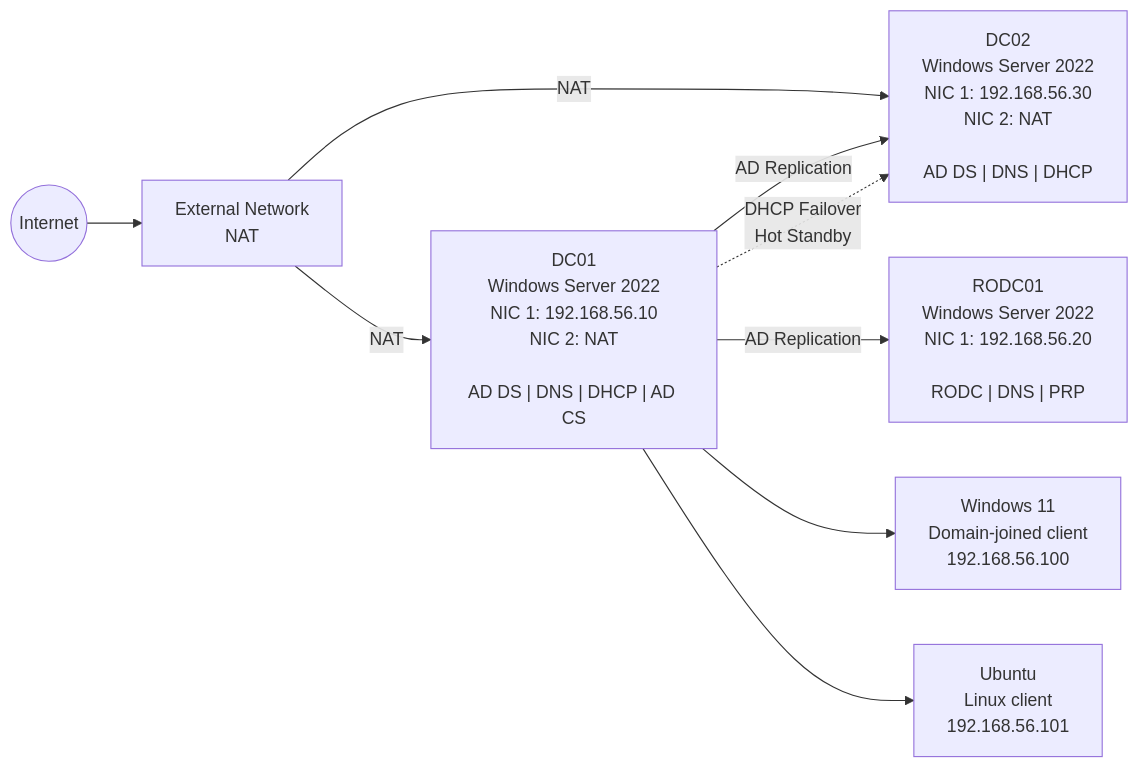
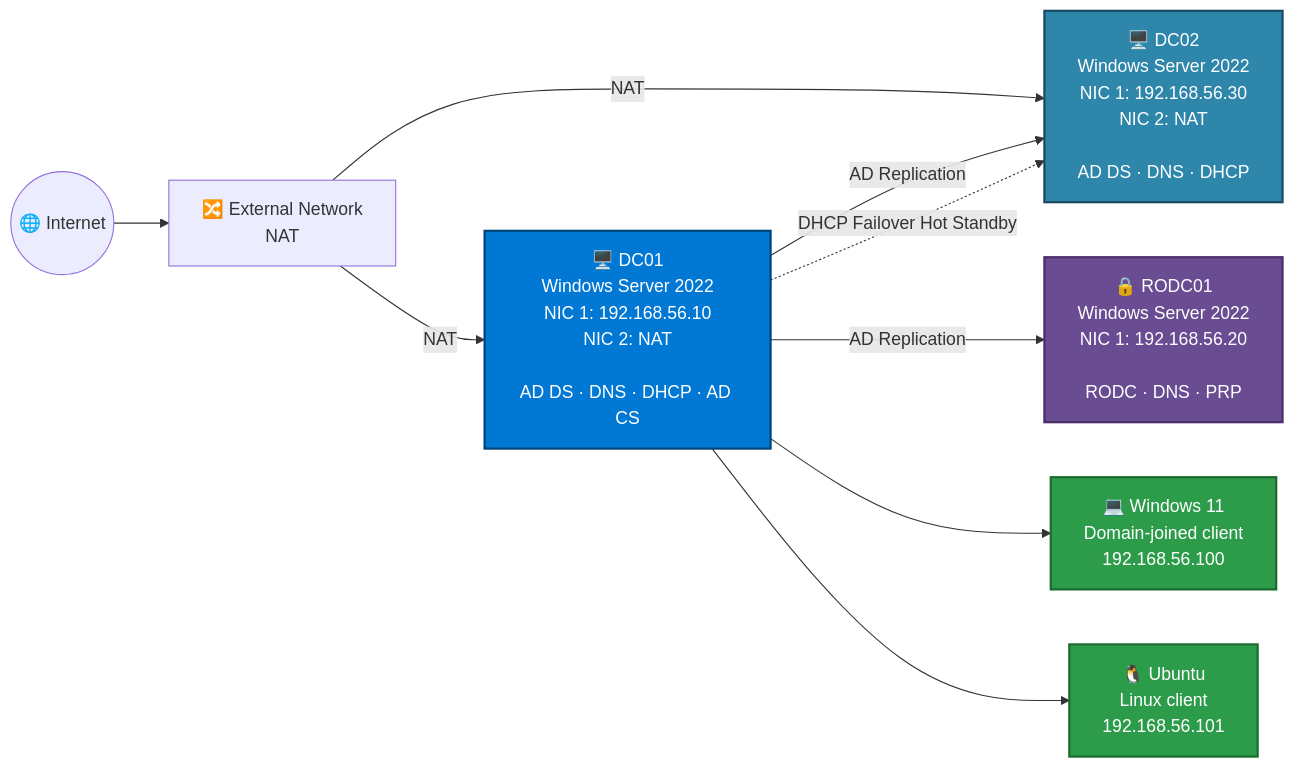
One commit to zatt-elma100150/AD-LAB-V1 changed the diagram in README.md. Above: the diagram before and after it, drawn with Mermaid. The commit also changed other lines of this file, not shown here.

````diff
--- a/README.md
+++ b/README.md
@@ -58,20 +58,30 @@
 ```mermaid
 flowchart LR
-    Internet((Internet))
-    NAT[External Network<br/>NAT]
+    Internet((🌐 Internet))
+    NAT[🔀 External Network<br/>NAT]
 
-    DC01["DC01<br/>Windows Server 2022<br/>NIC 1: 192.168.56.10<br/>NIC 2: NAT<br/><br/>AD DS | DNS | DHCP | AD CS"]
-    DC02["DC02<br/>Windows Server 2022<br/>NIC 1: 192.168.56.30<br/>NIC 2: NAT<br/><br/>AD DS | DNS | DHCP"]
-    RODC["RODC01<br/>Windows Server 2022<br/>NIC 1: 192.168.56.20<br/><br/>RODC | DNS | PRP"]
-    Win11["Windows 11<br/>Domain-joined client<br/>192.168.56.100"]
-    Ubuntu["Ubuntu<br/>Linux client<br/>192.168.56.101"]
+    DC01["🖥️ DC01<br/>Windows Server 2022<br/>NIC 1: 192.168.56.10<br/>NIC 2: NAT<br/><br/>AD DS · DNS · DHCP · AD CS"]
+    DC02["🖥️ DC02<br/>Windows Server 2022<br/>NIC 1: 192.168.56.30<br/>NIC 2: NAT<br/><br/>AD DS · DNS · DHCP"]
+    RODC["🔒 RODC01<br/>Windows Server 2022<br/>NIC 1: 192.168.56.20<br/><br/>RODC · DNS · PRP"]
+    Win11["💻 Windows 11<br/>Domain-joined client<br/>192.168.56.100"]
+    Ubuntu["🐧 Ubuntu<br/>Linux client<br/>192.168.56.101"]
 
     Internet --> NAT
     NAT -->|NAT| DC01
     NAT -->|NAT| DC02
     DC01 -->|AD Replication| DC02
     DC01 -->|AD Replication| RODC
-    DC01 -.->|DHCP Failover<br/>Hot Standby| DC02
+    DC01 -.->|DHCP Failover Hot Standby| DC02
     DC01 --> Win11
     DC01 --> Ubuntu
+
+    classDef primary fill:#0078D4,stroke:#004578,stroke-width:2px,color:#fff
+    classDef secondary fill:#2E86AB,stroke:#1B4965,stroke-width:2px,color:#fff
+    classDef rodc fill:#6A4C93,stroke:#4A2E6B,stroke-width:2px,color:#fff
+    classDef client fill:#2D9C4A,stroke:#1B6B2E,stroke-width:2px,color:#fff
+
+    class DC01 primary
+    class DC02 secondary
+    class RODC rodc
+    class Win11,Ubuntu client
 ```
````
